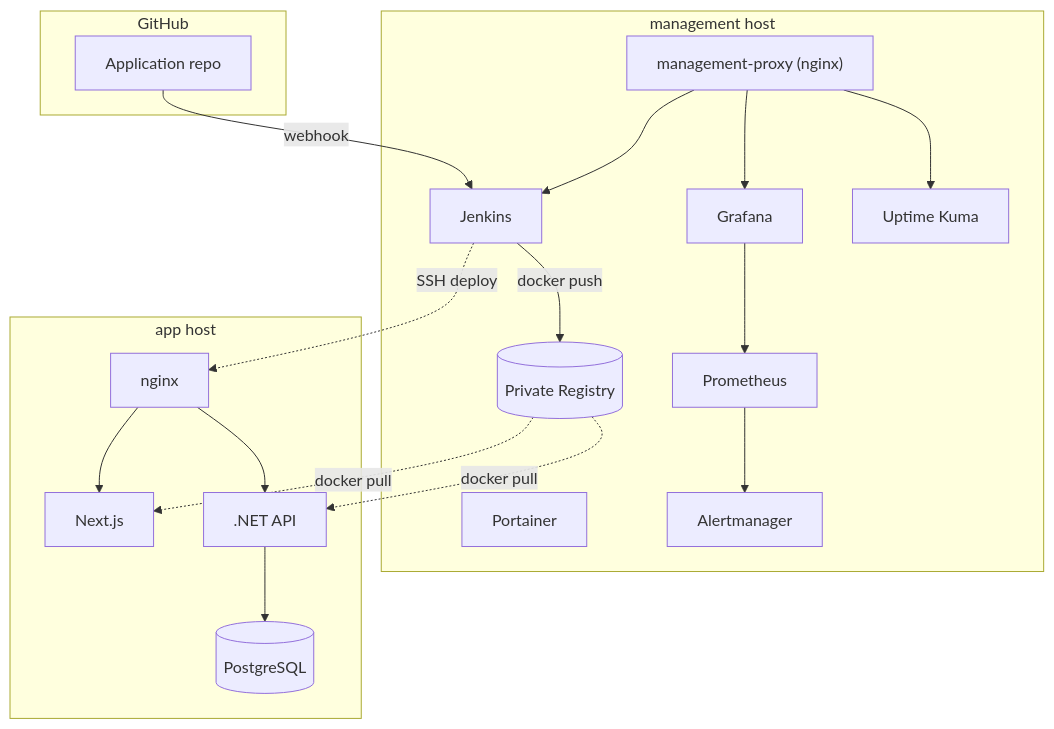
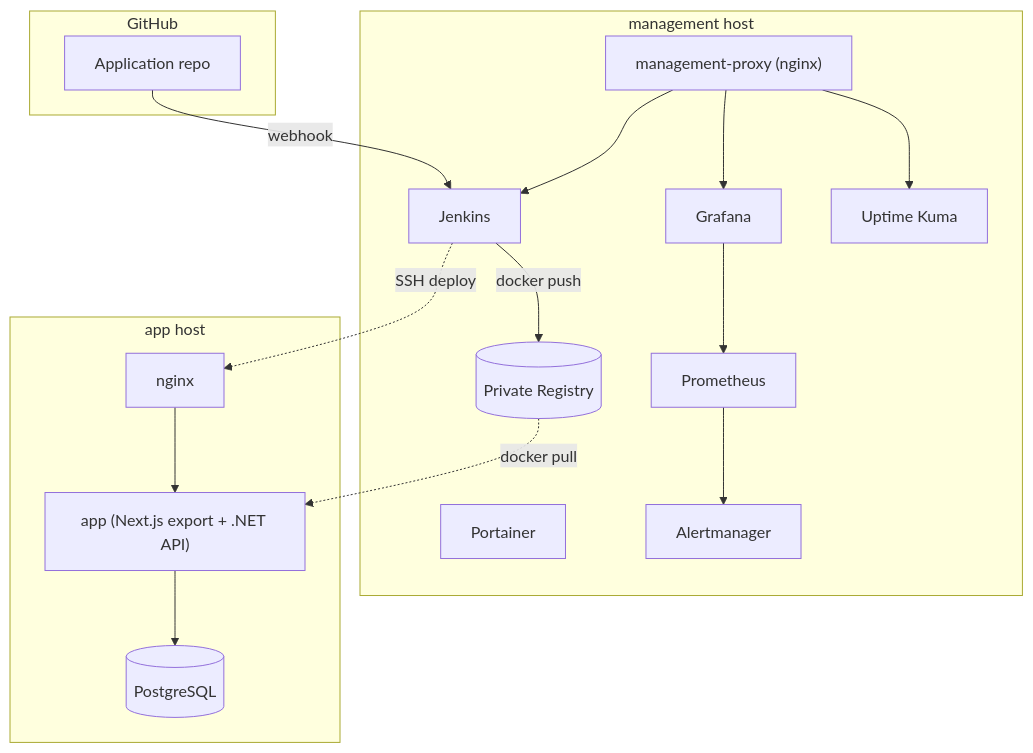
One commit to mcansem/infra changed the first of 3 diagrams in docs/architecture.md. Above: the diagram before and after it, drawn with Mermaid. The commit also changed other lines of this file and 13 other files, not shown here.

First line of the commit message:
refactor: consolidate app's nextjs+dotnet-api into a single container

````diff
--- a/docs/architecture.md
+++ b/docs/architecture.md
@@ -14,38 +14,35 @@
 ```mermaid
 graph TB
     subgraph GitHub
         Repo[Application repo]
     end
 
     subgraph management["management host"]
         Jenkins[Jenkins]
         Portainer[Portainer]
         Registry[("Private Registry")]
         MgmtProxy["management-proxy (nginx)"]
         Prom[Prometheus]
         Alert[Alertmanager]
         Grafana[Grafana]
         Uptime["Uptime Kuma"]
     end
 
     subgraph app["app host"]
         AppNginx["nginx"]
-        NextJS["Next.js"]
-        DotnetAPI[".NET API"]
+        App["app (Next.js export + .NET API)"]
         Postgres[("PostgreSQL")]
     end
 
     Repo -- webhook --> Jenkins
     Jenkins -- docker push --> Registry
     Jenkins -. "SSH deploy" .-> AppNginx
-    Registry -. "docker pull" .-> NextJS
-    Registry -. "docker pull" .-> DotnetAPI
+    Registry -. "docker pull" .-> App
     MgmtProxy --> Jenkins
     MgmtProxy --> Grafana
     MgmtProxy --> Uptime
     Grafana --> Prom
     Prom --> Alert
-    AppNginx --> NextJS
-    AppNginx --> DotnetAPI
-    DotnetAPI --> Postgres
+    AppNginx --> App
+    App --> Postgres
 ```
````
